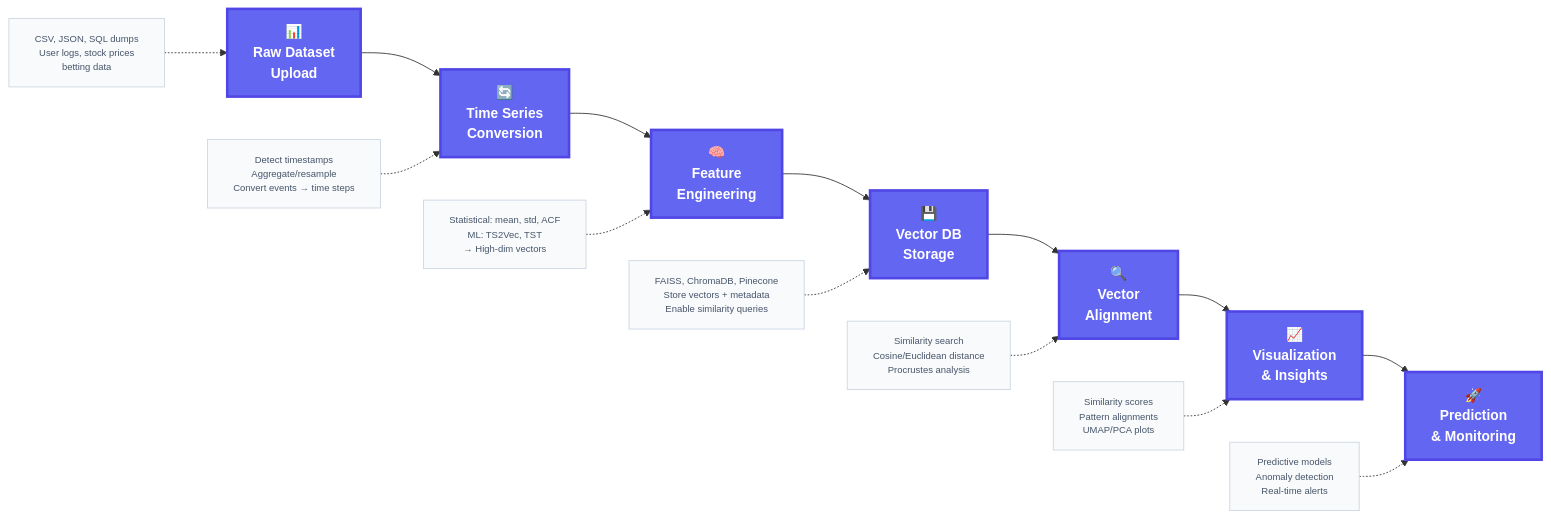
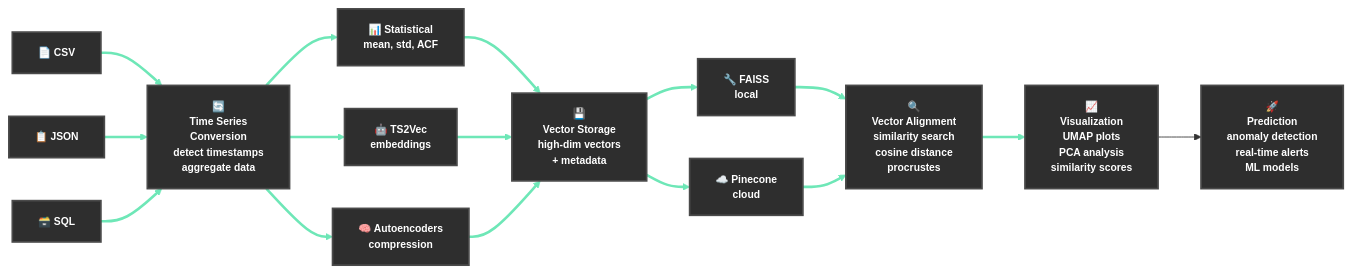
The diagram in workflow.md (mshaik15/TsDev), drawn with Mermaid before and after one commit.

Commit message:
Fixed Workflow

````diff
--- a/workflow.md
+++ b/workflow.md
@@ -3,31 +3,59 @@
 ```mermaid
 flowchart LR
-    A[📊<br/>Raw Dataset<br/>Upload] --> B[🔄<br/>Time Series<br/>Conversion]
+    %% Raw Dataset boxes (stacked vertically)
+    A1[📄 CSV]
+    A2[📋 JSON] 
+    A3[🗃️ SQL]
     
-    B --> C[🧠<br/>Feature<br/>Engineering]
+    %% Time Series Conversion
+    B[🔄<br/>Time Series<br/>Conversion<br/>detect timestamps<br/>aggregate data]
     
-    C --> D[💾<br/>Vector DB<br/>Storage]
+    %% Feature Engineering boxes (stacked vertically)
+    C1[📊 Statistical<br/>mean, std, ACF]
+    C2[🤖 TS2Vec<br/>embeddings]
+    C3[🧠 Autoencoders<br/>compression]
     
-    D --> E[🔍<br/>Vector<br/>Alignment]
+    %% Vector Storage
+    D[💾<br/>Vector Storage<br/>high-dim vectors<br/>+ metadata]
     
-    E --> F[📈<br/>Visualization<br/>& Insights]
+    %% Storage options (under Vector Storage)
+    D1[🔧 FAISS<br/>local]
+    D2[☁️ Pinecone<br/>cloud]
     
-    F --> G[🚀<br/>Prediction<br/>& Monitoring]
+    %% Vector Alignment
+    E[🔍<br/>Vector Alignment<br/>similarity search<br/>cosine distance<br/>procrustes]
     
-    %% Add detail nodes below main flow
-    A1[CSV, JSON, SQL dumps<br/>User logs, stock prices<br/>betting data] -.-> A
-    B1[Detect timestamps<br/>Aggregate/resample<br/>Convert events → time steps] -.-> B
-    C1[Statistical: mean, std, ACF<br/>ML: TS2Vec, TST<br/>→ High-dim vectors] -.-> C
-    D1[FAISS, ChromaDB, Pinecone<br/>Store vectors + metadata<br/>Enable similarity queries] -.-> D
-    E1[Similarity search<br/>Cosine/Euclidean distance<br/>Procrustes analysis] -.-> E
-    F1[Similarity scores<br/>Pattern alignments<br/>UMAP/PCA plots] -.-> F
-    G1[Predictive models<br/>Anomaly detection<br/>Real-time alerts] -.-> G
+    %% Visualization
+    F[📈<br/>Visualization<br/>UMAP plots<br/>PCA analysis<br/>similarity scores]
     
-    %% N8N-style Styling
-    classDef mainNode fill:#6366f1,stroke:#4f46e5,stroke-width:3px,color:#ffffff,font-weight:bold
-    classDef detailNode fill:#f8fafc,stroke:#cbd5e1,stroke-width:1px,color:#475569,font-size:11px
-    classDef connector stroke:#6366f1,stroke-width:2px
+    %% Prediction
+    G[🚀<br/>Prediction<br/>anomaly detection<br/>real-time alerts<br/>ML models]
     
-    class A,B,C,D,E,F,G mainNode
-    class A1,B1,C1,D1,E1,F1,G1 detailNode
+    %% Connections
+    A1 --> B
+    A2 --> B
+    A3 --> B
+    
+    B --> C1
+    B --> C2
+    B --> C3
+    
+    C1 --> D
+    C2 --> D
+    C3 --> D
+    
+    D --> D1
+    D --> D2
+    
+    D1 --> E
+    D2 --> E
+    E --> F
+    F --> G
+    
+    %% N8N Dark Theme Styling
+    classDef default fill:#2e2e2e,stroke:#4a4a4a,stroke-width:2px,color:#ffffff,font-weight:bold,font-size:12px
+    classDef connector stroke:#6ee7b7,stroke-width:3px
+    
+    %% Style all links
+    linkStyle 0,1,2,3,4,5,6,7,8,9,10,11,12,13 stroke:#6ee7b7,stroke-width:3px
 ```
````
